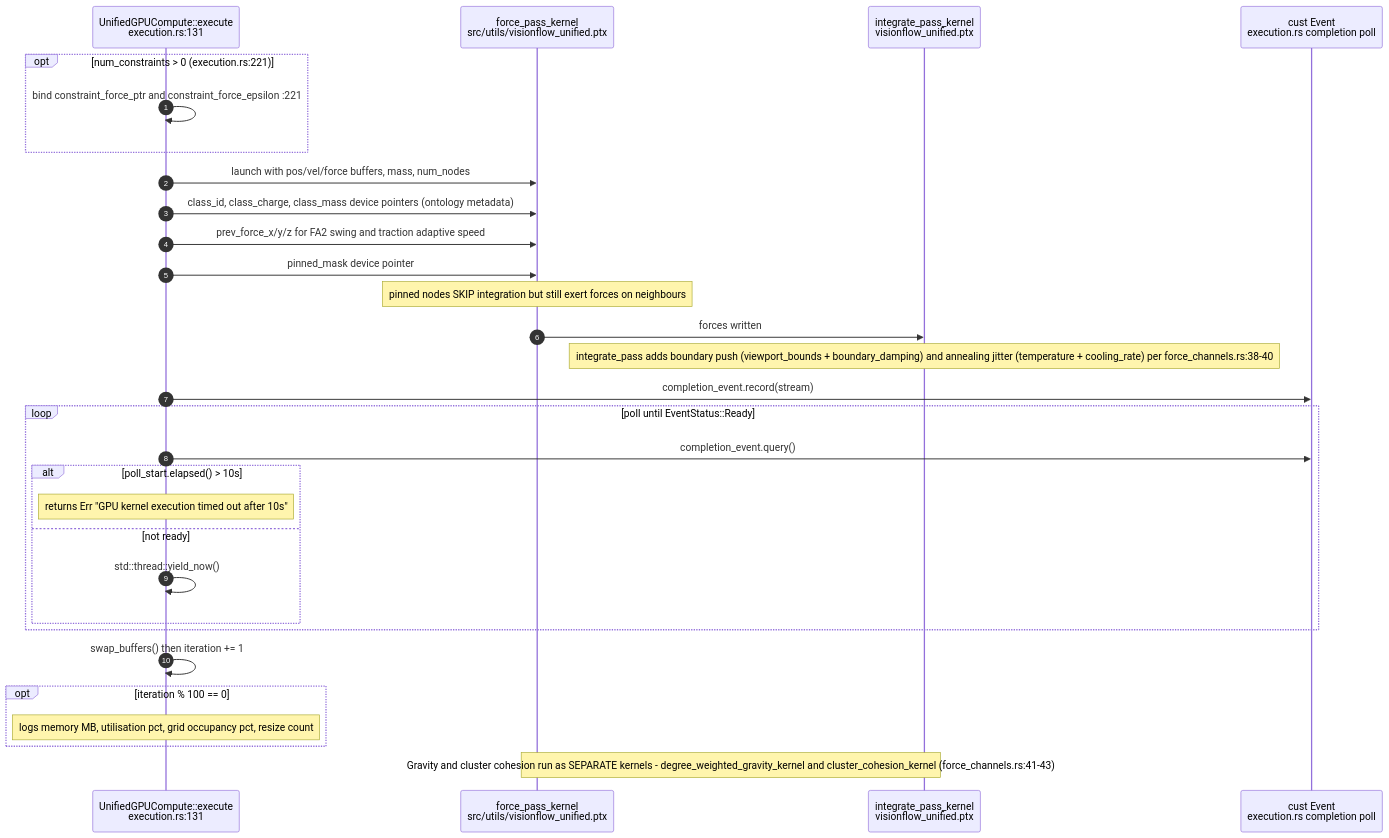
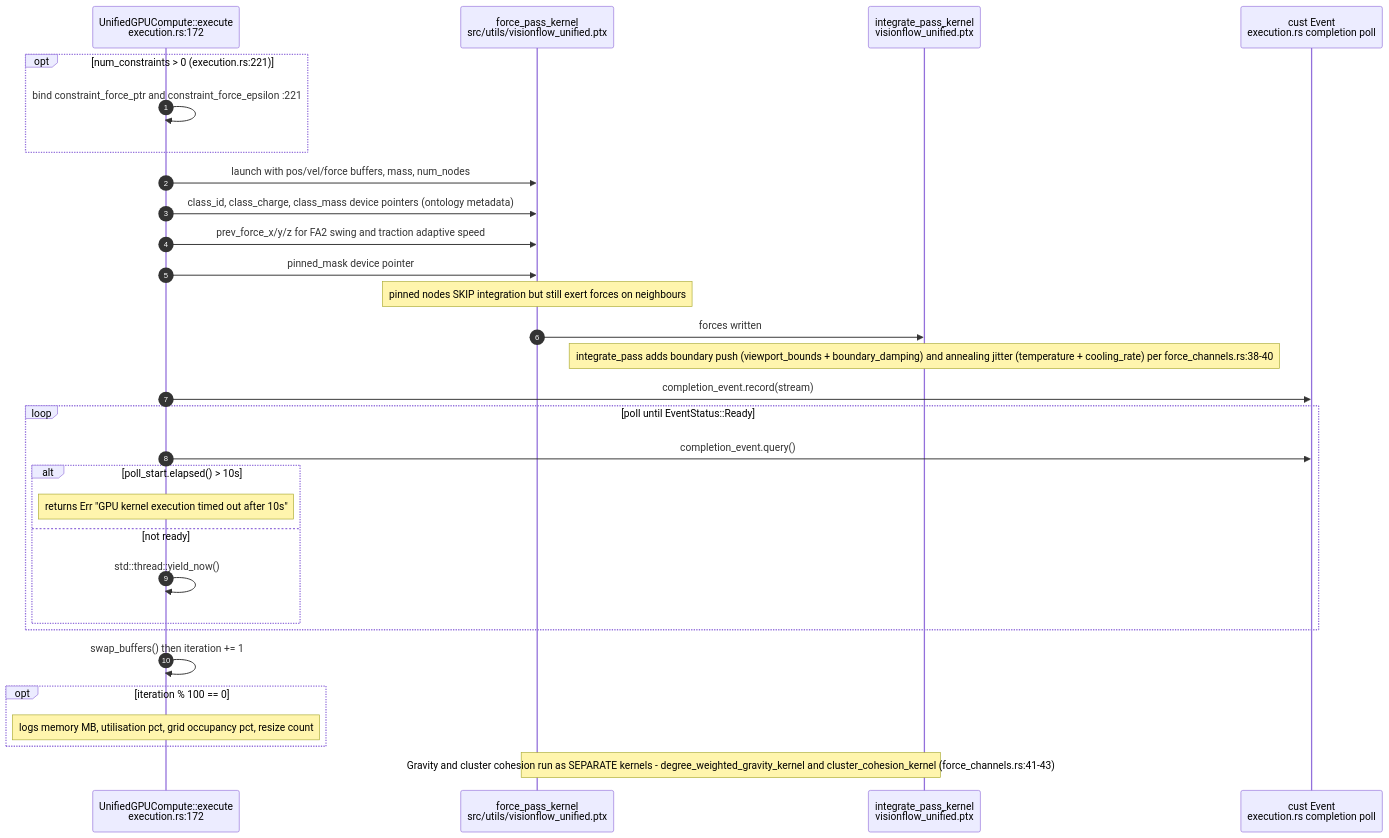
Before and after one commit to DreamLab-AI/VisionFlow: the second of 10 diagrams in docs/diagrams/visionclaw/11-physics-step-and-force-channels.md, drawn with Mermaid. The commit also changed other lines of this file and 51 other files, not shown here.

First line of the commit message:
docs(diagrams): agentbox AB-01..13 re-attested anchor by anchor (980 anchors, 22 defects); checkpoint against an out-of-mesh writer

````diff
--- a/docs/diagrams/visionclaw/11-physics-step-and-force-channels.md
+++ b/docs/diagrams/visionclaw/11-physics-step-and-force-channels.md
@@ -63,33 +65,33 @@
 ```mermaid
 sequenceDiagram
     autonumber
-    participant EX as UnifiedGPUCompute::execute<br/>execution.rs:131
+    participant EX as UnifiedGPUCompute::execute<br/>execution.rs:172
     participant K1 as force_pass_kernel<br/>src/utils/visionflow_unified.ptx
     participant K2 as integrate_pass_kernel<br/>visionflow_unified.ptx
     participant EV as cust Event<br/>execution.rs completion poll
 
     opt num_constraints > 0 (execution.rs:221)
         EX->>EX: bind constraint_force_ptr and constraint_force_epsilon :221
     end
     EX->>K1: launch with pos/vel/force buffers, mass, num_nodes
     EX->>K1: class_id, class_charge, class_mass device pointers (ontology metadata)
     EX->>K1: prev_force_x/y/z for FA2 swing and traction adaptive speed
     EX->>K1: pinned_mask device pointer
     Note over K1: pinned nodes SKIP integration but still exert forces on neighbours
     K1->>K2: forces written
     Note over K2: integrate_pass adds boundary push (viewport_bounds + boundary_damping) and annealing jitter (temperature + cooling_rate) per force_channels.rs:38-40
     EX->>EV: completion_event.record(stream)
     loop poll until EventStatus::Ready
         EX->>EV: completion_event.query()
         alt poll_start.elapsed() > 10s
             Note over EX: returns Err "GPU kernel execution timed out after 10s"
         else not ready
             EX->>EX: std::thread::yield_now()
         end
     end
     EX->>EX: swap_buffers() then iteration += 1
     opt iteration % 100 == 0
         Note over EX: logs memory MB, utilisation pct, grid occupancy pct, resize count
     end
     Note over K1,K2: Gravity and cluster cohesion run as SEPARATE kernels - degree_weighted_gravity_kernel and cluster_cohesion_kernel (force_channels.rs:41-43)
 ```
````
